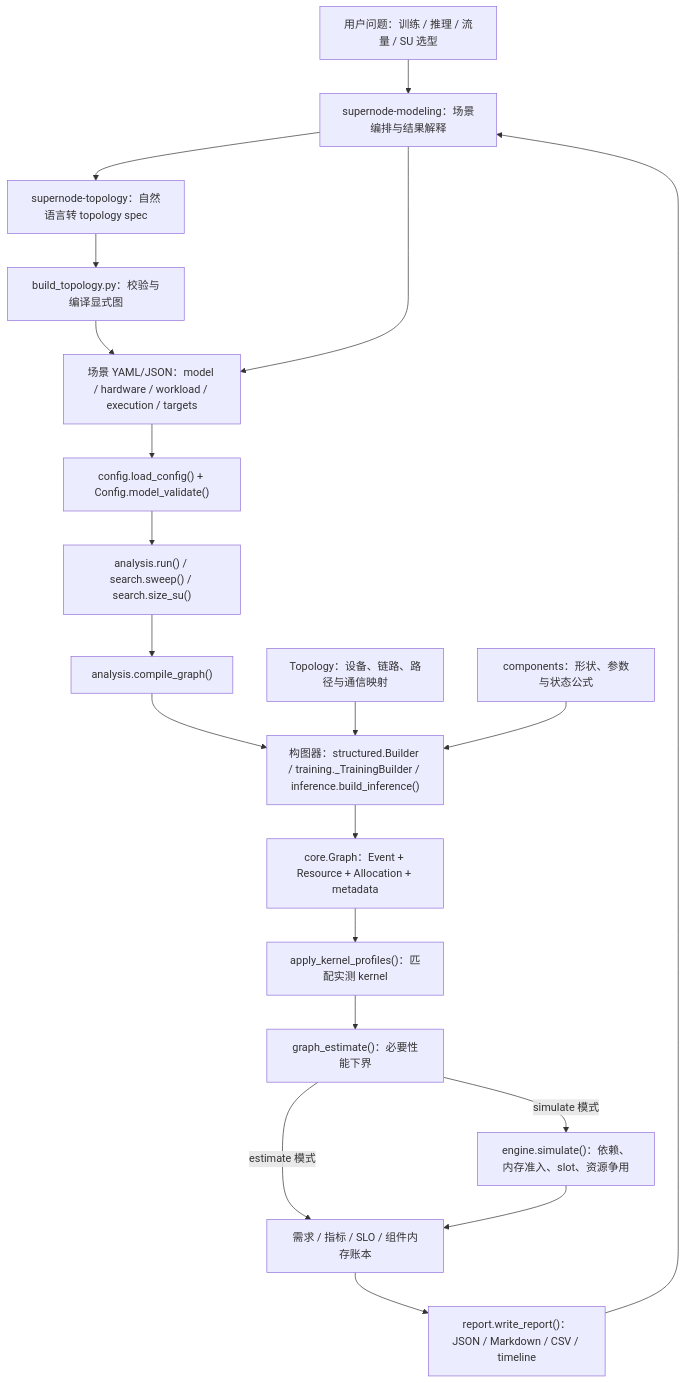
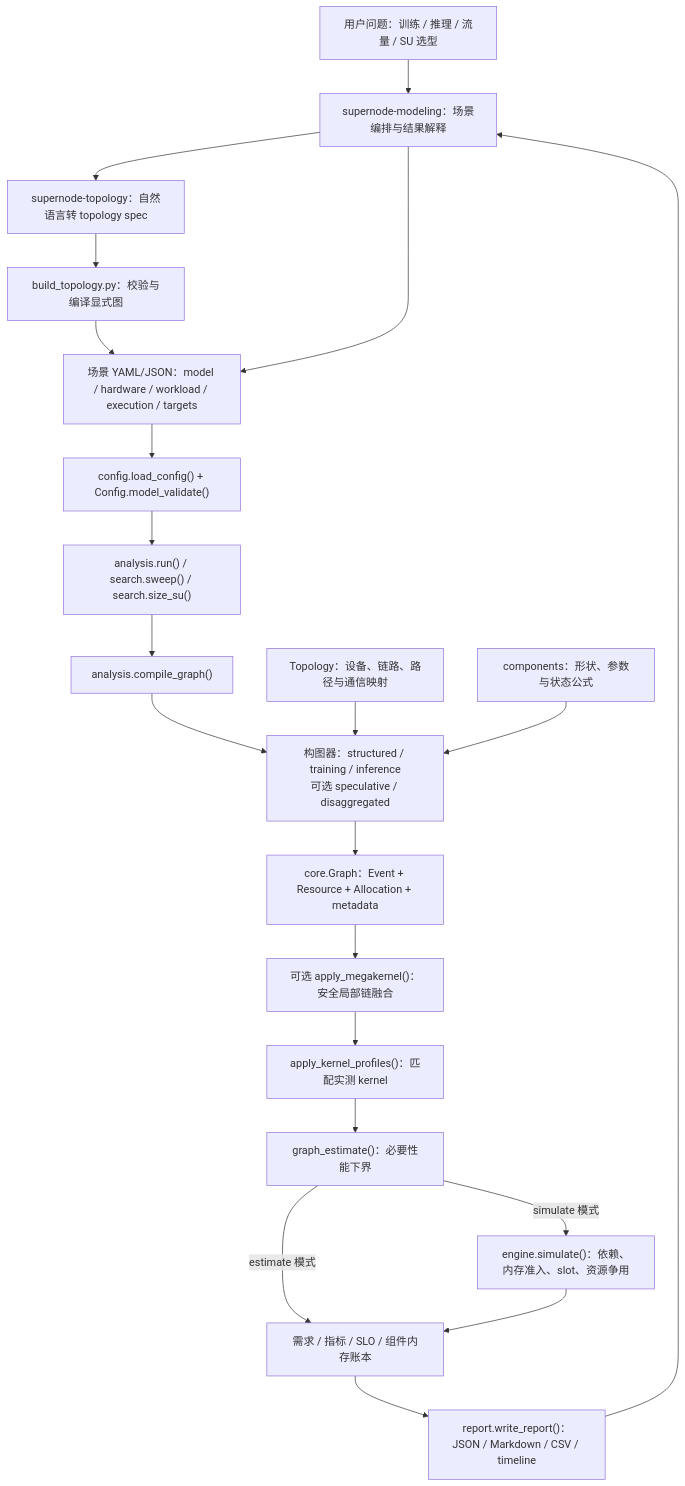
Before and after one commit to GuangyuZhu04/supernode_simulation: the diagram in docs/diagrams/00-architecture.mmd, drawn with Mermaid. The commit also changed 30 other files, not shown here.

```diff
--- a/docs/diagrams/00-architecture.mmd
+++ b/docs/diagrams/00-architecture.mmd
@@ -1,20 +1,21 @@
 flowchart TB
     U["用户问题：训练 / 推理 / 流量 / SU 选型"] --> S["supernode-modeling：场景编排与结果解释"]
     S --> TS["supernode-topology：自然语言转 topology spec"]
     TS --> TC["build_topology.py：校验与编译显式图"]
     TC --> C
     S --> C["场景 YAML/JSON：model / hardware / workload / execution / targets"]
     C --> V["config.load_config() + Config.model_validate()"]
     V --> A["analysis.run() / search.sweep() / search.size_su()"]
     A --> G["analysis.compile_graph()"]
-    G --> B["构图器：structured.Builder / training._TrainingBuilder / inference.build_inference()"]
+    G --> B["构图器：structured / training / inference<br/>可选 speculative / disaggregated"]
     B --> D["core.Graph：Event + Resource + Allocation + metadata"]
     T["Topology：设备、链路、路径与通信映射"] --> B
     P["components：形状、参数与状态公式"] --> B
-    D --> K["apply_kernel_profiles()：匹配实测 kernel"]
+    D --> F["可选 apply_megakernel()：安全局部链融合"]
+    F --> K["apply_kernel_profiles()：匹配实测 kernel"]
     K --> E["graph_estimate()：必要性能下界"]
     E -->|simulate 模式| X["engine.simulate()：依赖、内存准入、slot、资源争用"]
     E -->|estimate 模式| R["需求 / 指标 / SLO / 组件内存账本"]
     X --> R
     R --> O["report.write_report()：JSON / Markdown / CSV / timeline"]
     O --> S
```
